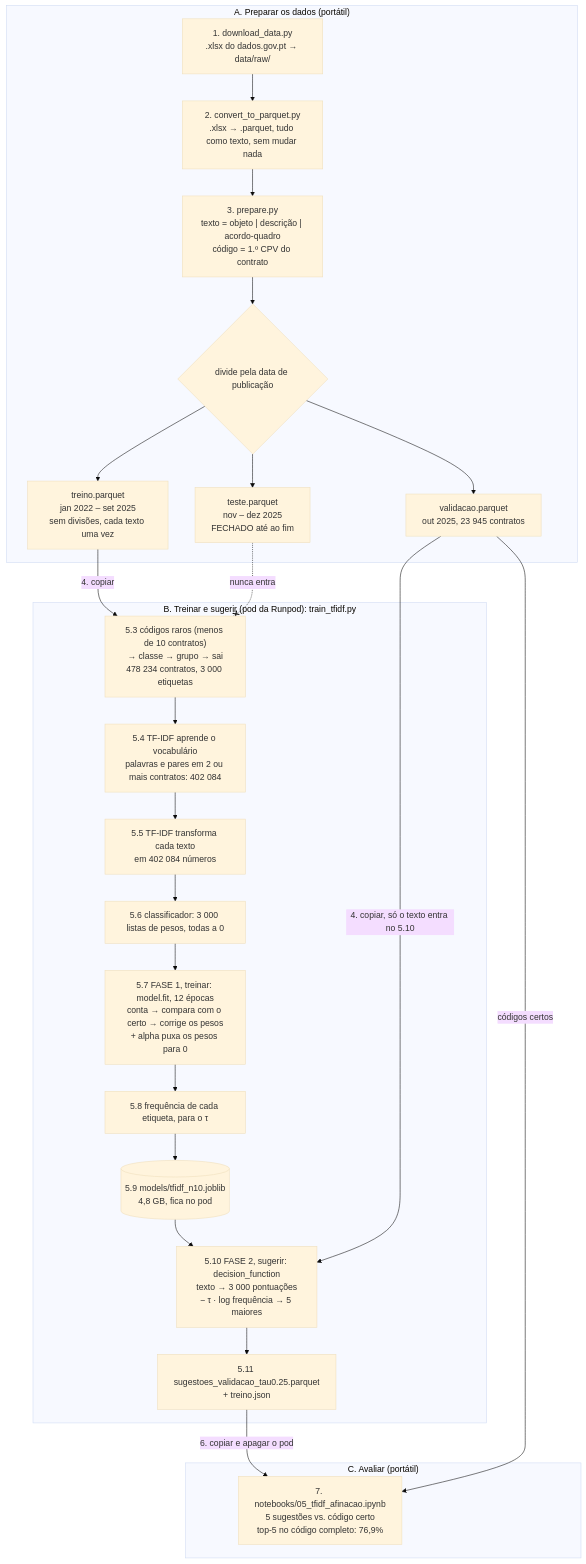
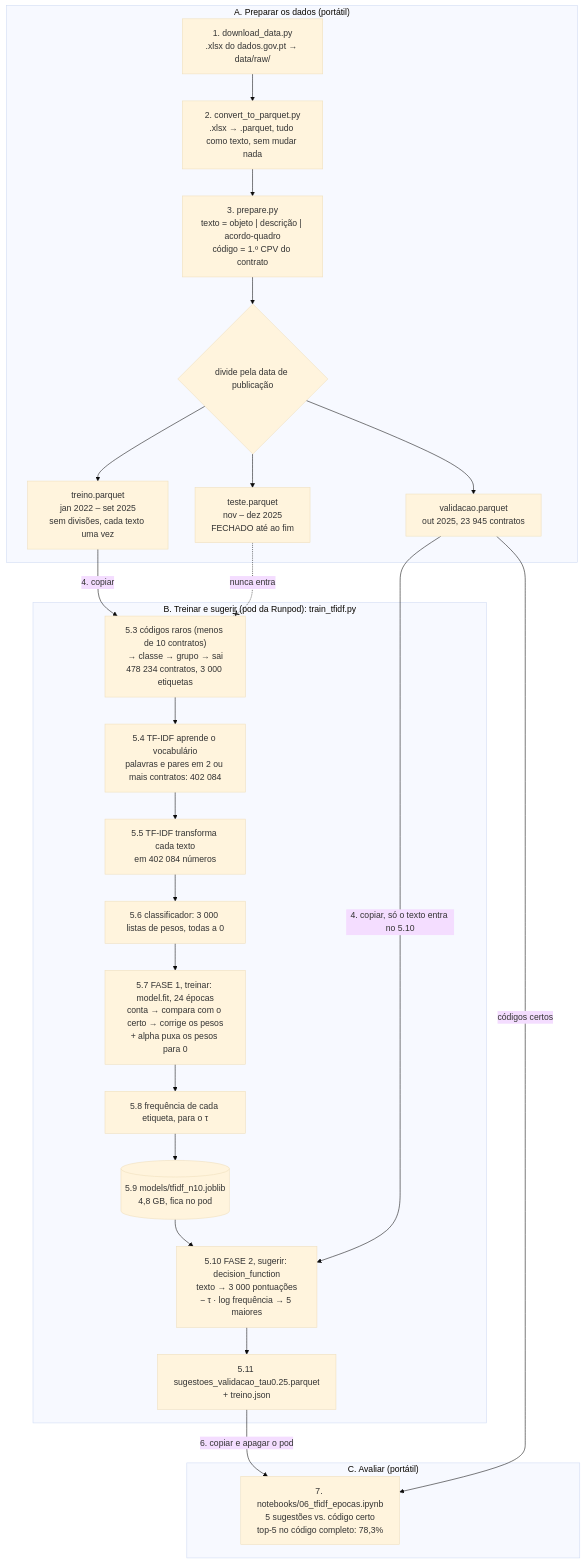
Before and after one commit to ricardoo022/cpv-portal-base: the diagram in docs/como_funciona_tfidf.md, drawn with Mermaid (base theme). The commit also changed other lines of this file and 88 other files, not shown here.

Commit message:
E4-S5: 24 épocas fixas no TF-IDF; alpha 1e-8 testado e rejeitado

````diff
--- a/docs/como_funciona_tfidf.md
+++ b/docs/como_funciona_tfidf.md
@@ -229,40 +229,40 @@
 ```mermaid
 flowchart TD
     subgraph A["A. Preparar os dados (portátil)"]
         A1["1. download_data.py<br/>.xlsx do dados.gov.pt → data/raw/"]
         A2["2. convert_to_parquet.py<br/>.xlsx → .parquet, tudo como texto, sem mudar nada"]
         A3["3. prepare.py<br/>texto = objeto | descrição | acordo-quadro<br/>código = 1.º CPV do contrato"]
         A4{"divide pela data de publicação"}
         TR["treino.parquet<br/>jan 2022 – set 2025<br/>sem divisões, cada texto uma vez"]
         VA["validacao.parquet<br/>out 2025, 23 945 contratos"]
         TE["teste.parquet<br/>nov – dez 2025<br/>FECHADO até ao fim"]
         A1 --> A2 --> A3 --> A4
         A4 --> TR
         A4 --> VA
         A4 --> TE
     end
 
     subgraph B["B. Treinar e sugerir (pod da Runpod): train_tfidf.py"]
         B1["5.3 códigos raros (menos de 10 contratos)<br/>→ classe → grupo → sai<br/>478 234 contratos, 3 000 etiquetas"]
         B2["5.4 TF-IDF aprende o vocabulário<br/>palavras e pares em 2 ou mais contratos: 402 084"]
         B3["5.5 TF-IDF transforma cada texto<br/>em 402 084 números"]
         B4["5.6 classificador: 3 000 listas de pesos, todas a 0"]
-        B5["5.7 FASE 1, treinar: model.fit, 12 épocas<br/>conta → compara com o certo → corrige os pesos<br/>+ alpha puxa os pesos para 0"]
+        B5["5.7 FASE 1, treinar: model.fit, 24 épocas<br/>conta → compara com o certo → corrige os pesos<br/>+ alpha puxa os pesos para 0"]
         B6["5.8 frequência de cada etiqueta, para o τ"]
         B7[("5.9 models/tfidf_n10.joblib<br/>4,8 GB, fica no pod")]
         B8["5.10 FASE 2, sugerir: decision_function<br/>texto → 3 000 pontuações<br/>− τ · log frequência → 5 maiores"]
         B9["5.11 sugestoes_validacao_tau0.25.parquet<br/>+ treino.json"]
         B1 --> B2 --> B3 --> B4 --> B5 --> B6 --> B7
         B7 --> B8 --> B9
     end
 
     subgraph C["C. Avaliar (portátil)"]
-        C1["7. notebooks/05_tfidf_afinacao.ipynb<br/>5 sugestões vs. código certo<br/>top-5 no código completo: 76,9%"]
+        C1["7. notebooks/06_tfidf_epocas.ipynb<br/>5 sugestões vs. código certo<br/>top-5 no código completo: 78,3%"]
     end
 
     TR -- "4. copiar" --> B1
     VA -- "4. copiar, só o texto entra no 5.10" --> B8
     B9 -- "6. copiar e apagar o pod" --> C1
     VA -- "códigos certos" --> C1
     TE -. nunca entra .-x B1
 ```
````
